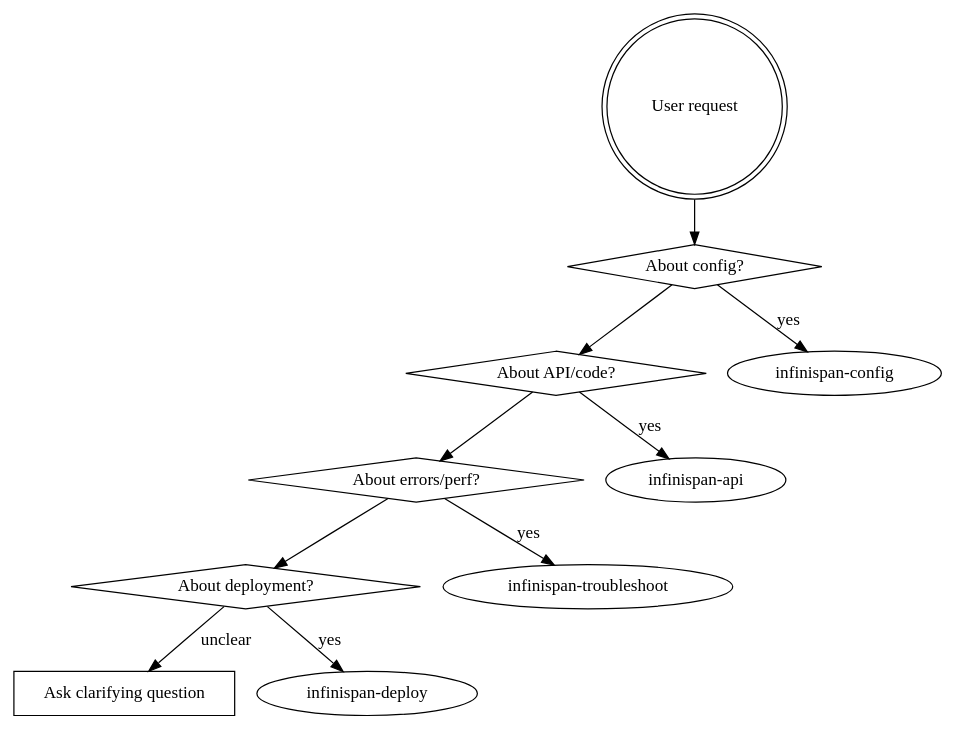
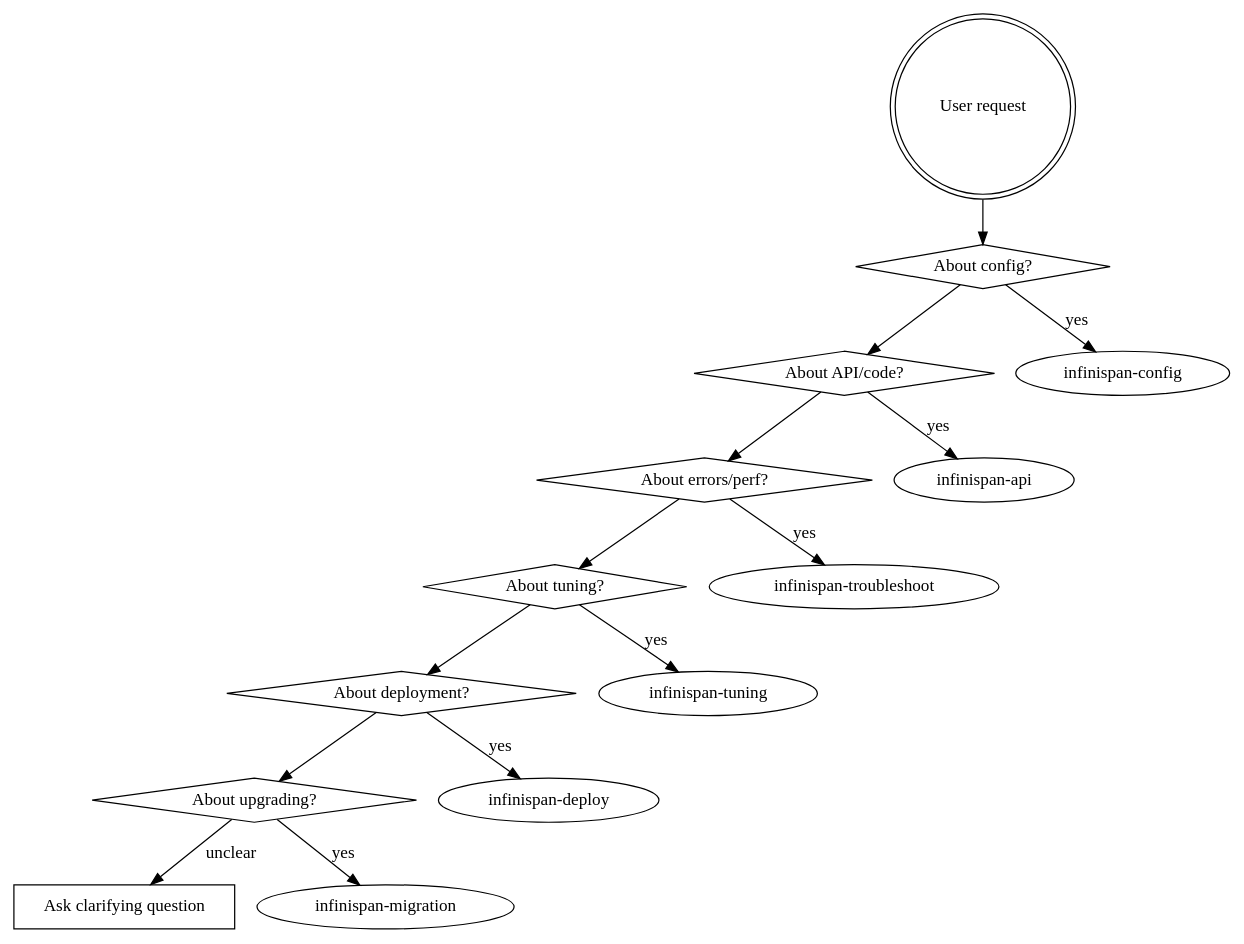
One commit to infinispan/infinispan-ai-skills changed the diagram in skills/infinispan/SKILL.md. Above: the diagram before and after it, drawn with Graphviz. The commit also changed other lines of this file and 4 other files, not shown here.

First line of the commit message:
Add tuning and migration skills, enhance troubleshooting

````diff
--- a/skills/infinispan/SKILL.md
+++ b/skills/infinispan/SKILL.md
@@ -14,20 +14,26 @@
 ```dot
 digraph routing {
     "User request" [shape=doublecircle];
     "About config?" [shape=diamond];
     "About API/code?" [shape=diamond];
     "About errors/perf?" [shape=diamond];
+    "About tuning?" [shape=diamond];
     "About deployment?" [shape=diamond];
+    "About upgrading?" [shape=diamond];
     "Ask clarifying question" [shape=box];
 
     "User request" -> "About config?";
     "About config?" -> "infinispan-config" [label="yes"];
     "About config?" -> "About API/code?";
     "About API/code?" -> "infinispan-api" [label="yes"];
     "About API/code?" -> "About errors/perf?";
     "About errors/perf?" -> "infinispan-troubleshoot" [label="yes"];
-    "About errors/perf?" -> "About deployment?";
+    "About errors/perf?" -> "About tuning?";
+    "About tuning?" -> "infinispan-tuning" [label="yes"];
+    "About tuning?" -> "About deployment?";
     "About deployment?" -> "infinispan-deploy" [label="yes"];
-    "About deployment?" -> "Ask clarifying question" [label="unclear"];
+    "About deployment?" -> "About upgrading?";
+    "About upgrading?" -> "infinispan-migration" [label="yes"];
+    "About upgrading?" -> "Ask clarifying question" [label="unclear"];
 }
 ```
````
